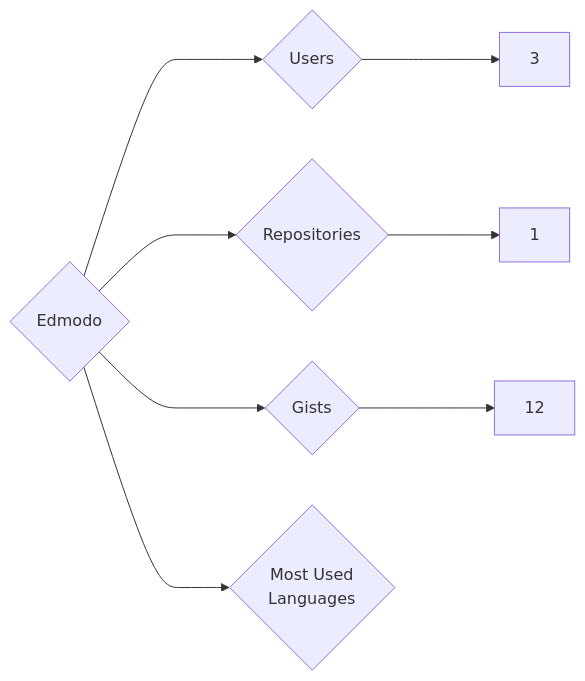
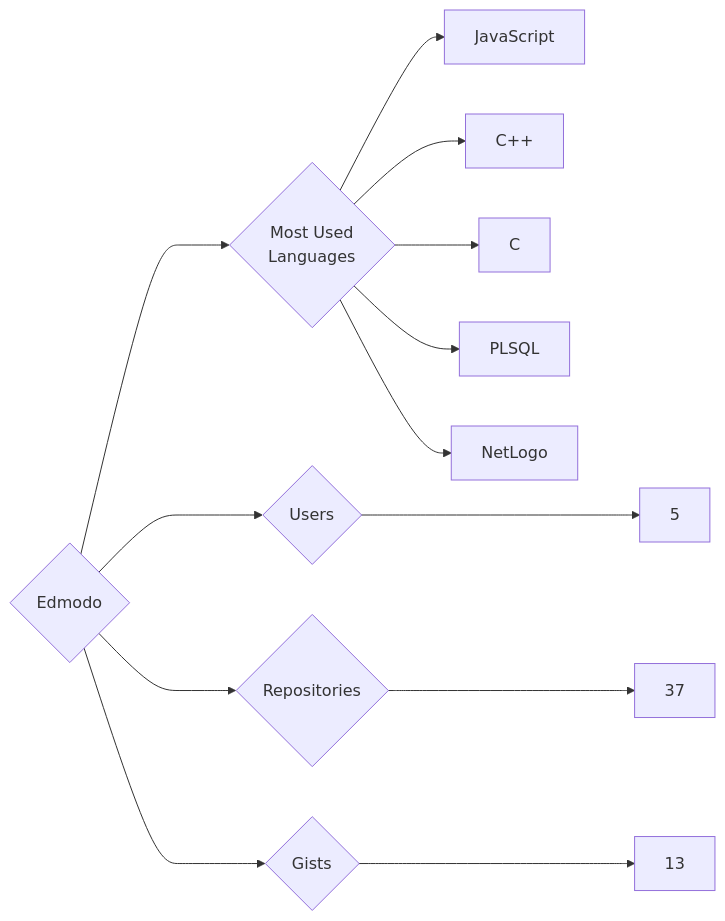
Before and after one commit to trickest/insiders: the diagram in targets/Edmodo/README.md, drawn with Mermaid. The commit also changed 985 other files, not shown here.

````diff
--- a/targets/Edmodo/README.md
+++ b/targets/Edmodo/README.md
@@ -3,8 +3,13 @@
 ```mermaid
 graph LR
 COMPANY_NAME{Edmodo}
-COMPANY_NAME ---> U{Users} ---> UN[3]
-COMPANY_NAME ---> R{Repositories} ---> RN[1]
-COMPANY_NAME ---> G{Gists} ---> GN[12]
+COMPANY_NAME ---> U{Users} ---> UN[5]
+COMPANY_NAME ---> R{Repositories} ---> RN[37]
+COMPANY_NAME ---> G{Gists} ---> GN[13]
 COMPANY_NAME ---> ML{Most Used<br>Languages}
+ML --> JavaScript[JavaScript]
+ML --> C++[C++]
+ML --> C[C]
+ML --> PLSQL[PLSQL]
+ML --> NetLogo[NetLogo]
 ```
````
